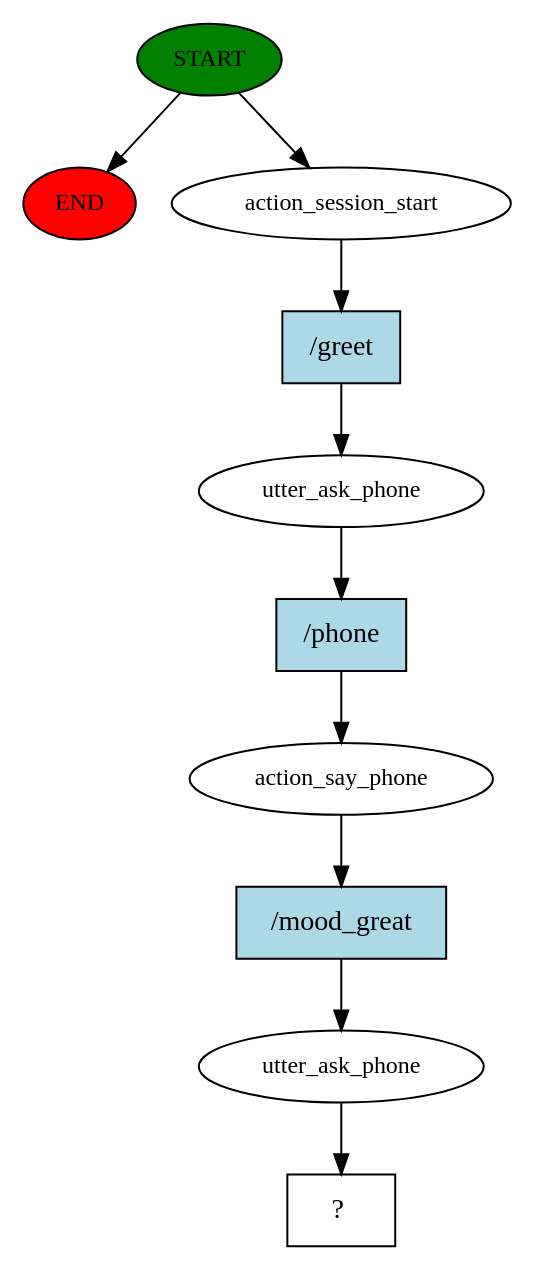
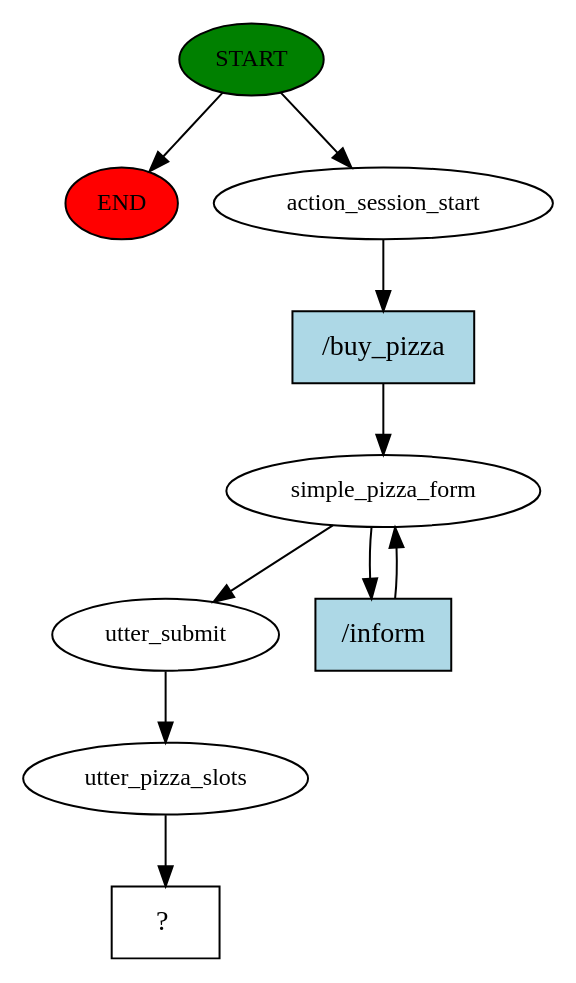
The diagram in RASA LLM/story_graph.dot (sudomaster00081/Kameda24), drawn with Graphviz before and after one commit. The commit also changed 173 other files, not shown here.

```diff
--- a/RASA LLM/story_graph.dot
+++ b/RASA LLM/story_graph.dot
@@ -1,21 +1,20 @@
 digraph  {
 0 [class="start active", fillcolor=green, fontsize=12, label=START, style=filled];
 "-1" [class=end, fillcolor=red, fontsize=12, label=END, style=filled];
 1 [class=active, fontsize=12, label=action_session_start];
-2 [class=active, fontsize=12, label=utter_ask_phone];
-3 [class=active, fontsize=12, label=action_say_phone];
-4 [class=active, fontsize=12, label=utter_ask_phone];
-5 [class="intent dashed active", label="  ?  ", shape=rect];
-6 [class="intent active", fillcolor=lightblue, label="/greet", shape=rect, style=filled];
-7 [class="intent active", fillcolor=lightblue, label="/phone", shape=rect, style=filled];
-8 [class="intent active", fillcolor=lightblue, label="/mood_great", shape=rect, style=filled];
+2 [class=active, fontsize=12, label=simple_pizza_form];
+4 [class=active, fontsize=12, label=utter_submit];
+5 [class=active, fontsize=12, label=utter_pizza_slots];
+6 [class="intent dashed active", label="  ?  ", shape=rect];
+7 [class="intent active", fillcolor=lightblue, label="/buy_pizza", shape=rect, style=filled];
+8 [class="intent active", fillcolor=lightblue, label="/inform", shape=rect, style=filled];
 0 -> "-1"  [class="", key=NONE, label=""];
 0 -> 1  [class=active, key=NONE, label=""];
-1 -> 6  [class=active, key=0];
-2 -> 7  [class=active, key=0];
-3 -> 8  [class=active, key=0];
+1 -> 7  [class=active, key=0];
+2 -> 4  [class=active, key=NONE, label=""];
+2 -> 8  [class=active, key=0];
 4 -> 5  [class=active, key=NONE, label=""];
-6 -> 2  [class=active, key=0];
-7 -> 3  [class=active, key=0];
-8 -> 4  [class=active, key=0];
+5 -> 6  [class=active, key=NONE, label=""];
+7 -> 2  [class=active, key=0];
+8 -> 2  [class=active, key=0];
 }
```
